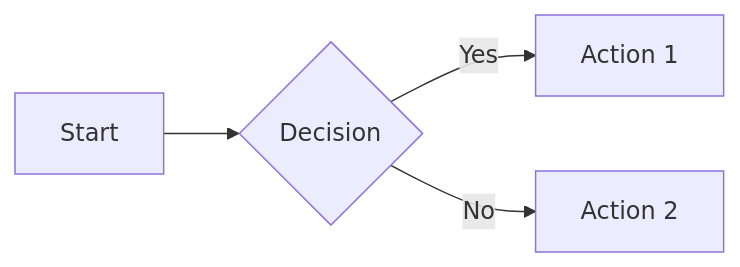
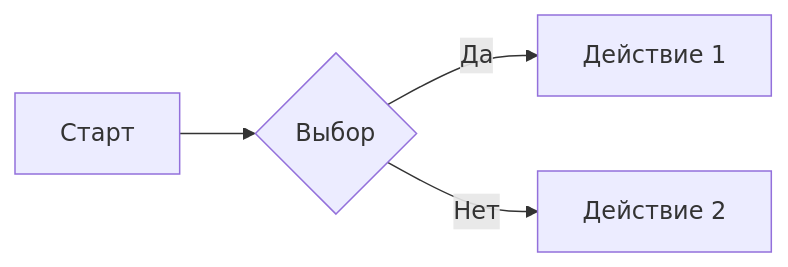
One commit to Serg2000Mr/wlx-markdown-viewer changed the diagram in Примеры/syntax-highlight-test.md. Above: the diagram before and after it, drawn with Mermaid. The commit also changed other lines of this file, not shown here.

````diff
--- a/Примеры/syntax-highlight-test.md
+++ b/Примеры/syntax-highlight-test.md
@@ -107,6 +131,6 @@
 ```mermaid
 flowchart LR
-    A[Start] --> B{Decision}
-    B -->|Yes| C[Action 1]
-    B -->|No| D[Action 2]
+    A[Старт] --> B{Выбор}
+    B -->|Да| C[Действие 1]
+    B -->|Нет| D[Действие 2]
 ```
````
